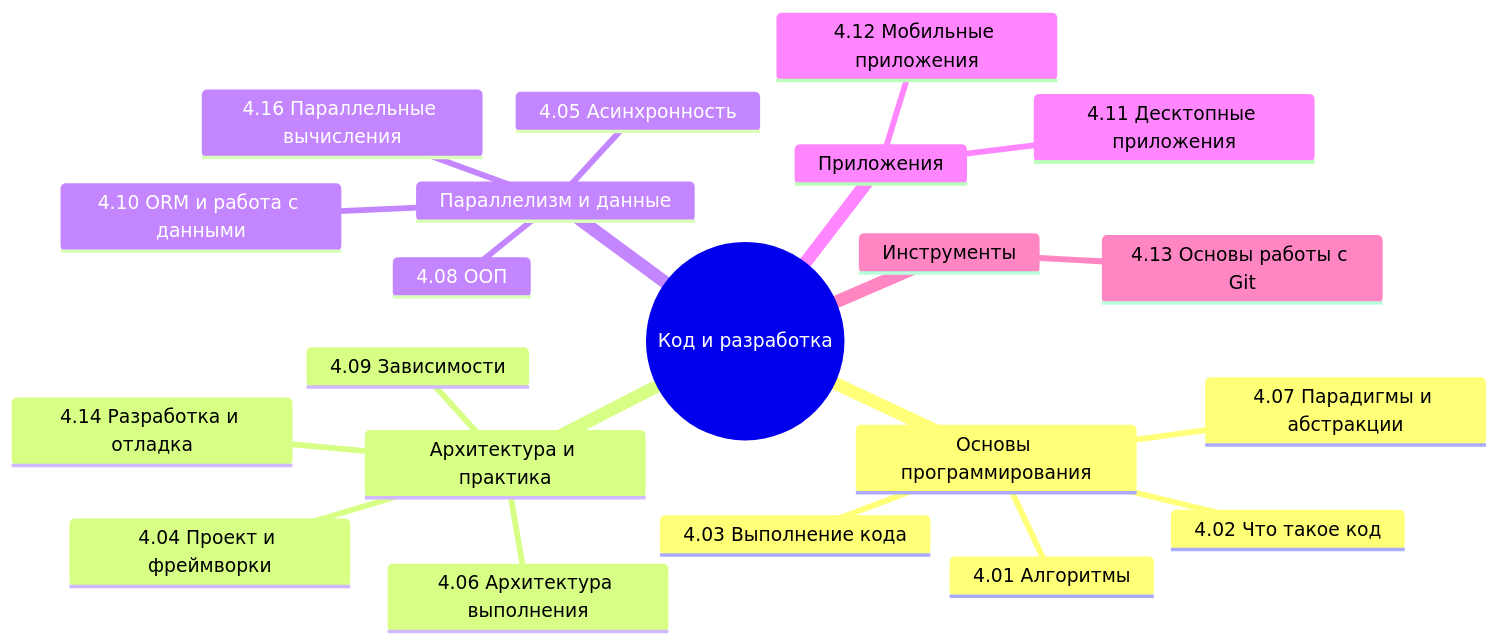
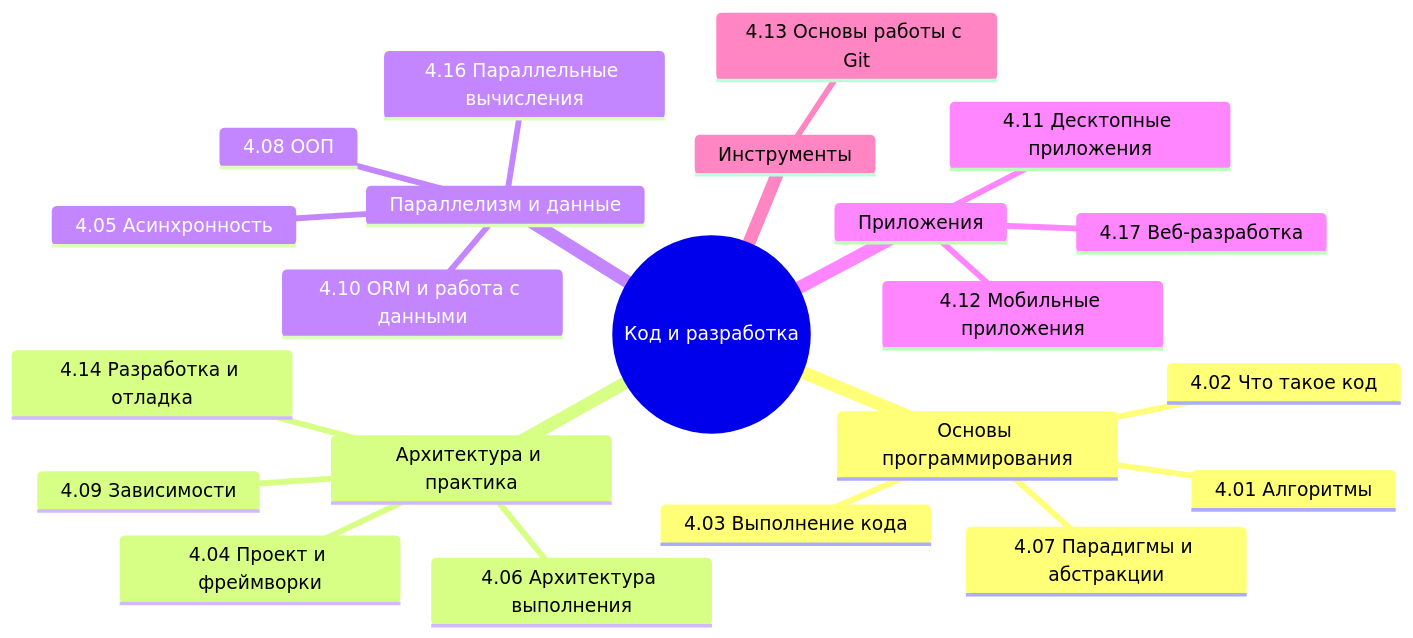
Before and after one commit to Spirzen/it-knowledge-base: the second of 2 diagrams in docs/encyclopedia/4-code-dev/code-dev.md, drawn with Mermaid. The commit also changed other lines of this file and 315 other files, not shown here.

````diff
--- a/docs/encyclopedia/4-code-dev/code-dev.md
+++ b/docs/encyclopedia/4-code-dev/code-dev.md
@@ -142,24 +143,25 @@
 ```mermaid
 mindmap
   root((Код и разработка))
     Основы программирования
       4.01 Алгоритмы
       4.02 Что такое код
       4.03 Выполнение кода
       4.07 Парадигмы и абстракции
     Архитектура и практика
       4.04 Проект и фреймворки
       4.06 Архитектура выполнения
       4.09 Зависимости
       4.14 Разработка и отладка
     Параллелизм и данные
       4.05 Асинхронность
       4.16 Параллельные вычисления
       4.08 ООП
       4.10 ORM и работа с данными
     Приложения
       4.11 Десктопные приложения
       4.12 Мобильные приложения
+      4.17 Веб-разработка
     Инструменты
       4.13 Основы работы с Git
 ```
````
